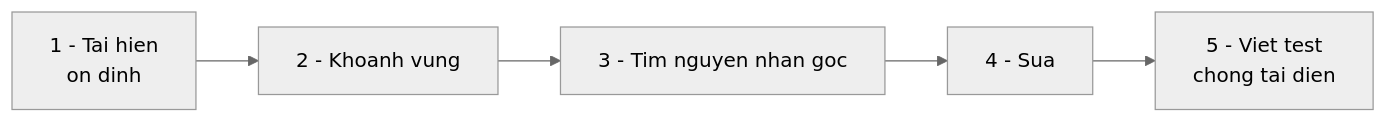
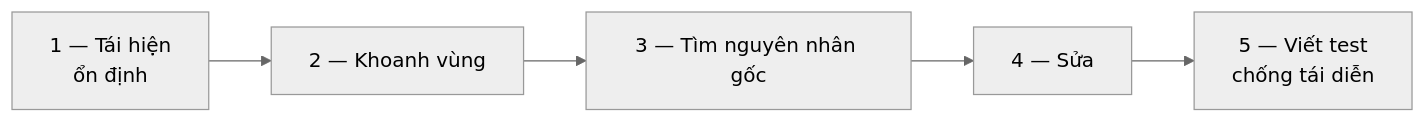
One commit to TienNHM/tiennhm.github.io changed the diagram in docs/09-dotnet-backend-zero-to-senior/stage-01-foundation/module-03-git-developer-workflow/3.9-debugging-workflow.mdx. Above: the diagram before and after it, drawn with Mermaid (neutral theme). The commit also changed other lines of this file and 17 other files, not shown here.

````diff
--- a/docs/09-dotnet-backend-zero-to-senior/stage-01-foundation/module-03-git-developer-workflow/3.9-debugging-workflow.mdx
+++ b/docs/09-dotnet-backend-zero-to-senior/stage-01-foundation/module-03-git-developer-workflow/3.9-debugging-workflow.mdx
@@ -29,7 +29,7 @@
 ```mermaid
 flowchart LR
-    A[1 - Tai hien<br/>on dinh] --> B[2 - Khoanh vung]
-    B --> C[3 - Tim nguyen nhan goc]
-    C --> D[4 - Sua]
-    D --> E[5 - Viet test<br/>chong tai dien]
+    A[1 — Tái hiện<br/>ổn định] --> B[2 — Khoanh vùng]
+    B --> C[3 — Tìm nguyên nhân gốc]
+    C --> D[4 — Sửa]
+    D --> E[5 — Viết test<br/>chống tái diễn]
 ```
````
